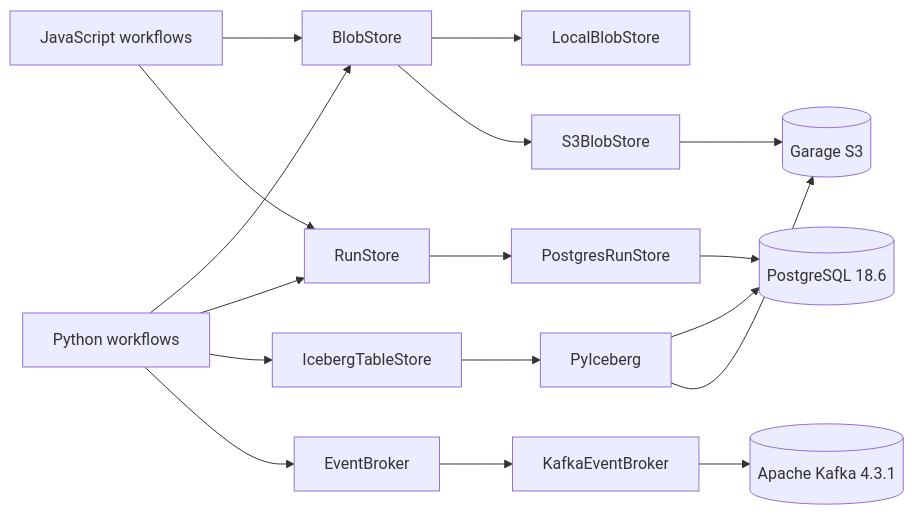
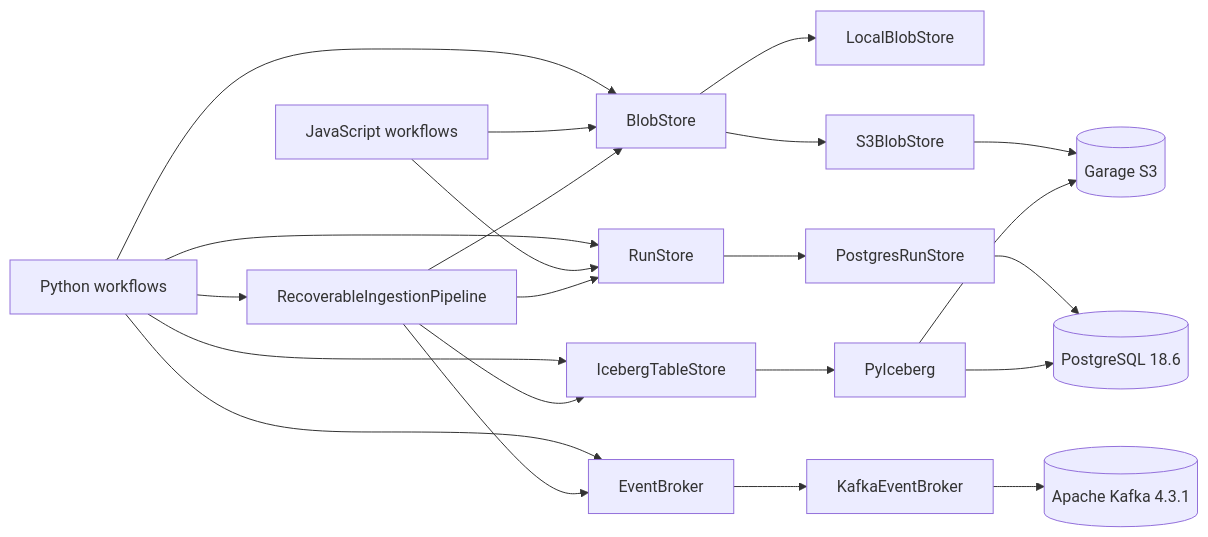
Before and after one commit to DiogoRibeiro7/data-platform-lab: the first of 2 diagrams in docs/milestone-m3.md, drawn with Mermaid. The commit also changed other lines of this file, not shown here.

Commit message:
docs: add Milestone 3 recovery architecture

````diff
--- a/docs/milestone-m3.md
+++ b/docs/milestone-m3.md
@@ -13,19 +13,24 @@
 ```mermaid
 flowchart LR
     PY[Python workflows] --> B[BlobStore]
     JS[JavaScript workflows] --> B
     PY --> R[RunStore]
     JS --> R
     PY --> I[IcebergTableStore]
     PY --> E[EventBroker]
+    PY --> RC[RecoverableIngestionPipeline]
     B --> Local[LocalBlobStore]
     B --> S3[S3BlobStore]
     S3 --> Garage[(Garage S3)]
     R --> PG[PostgresRunStore]
     PG --> DB[(PostgreSQL 18.6)]
     I --> PI[PyIceberg]
     PI --> DB
     PI --> Garage
     E --> K[KafkaEventBroker]
     K --> Kafka[(Apache Kafka 4.3.1)]
+    RC --> E
+    RC --> R
+    RC --> B
+    RC --> I
 ```
````
